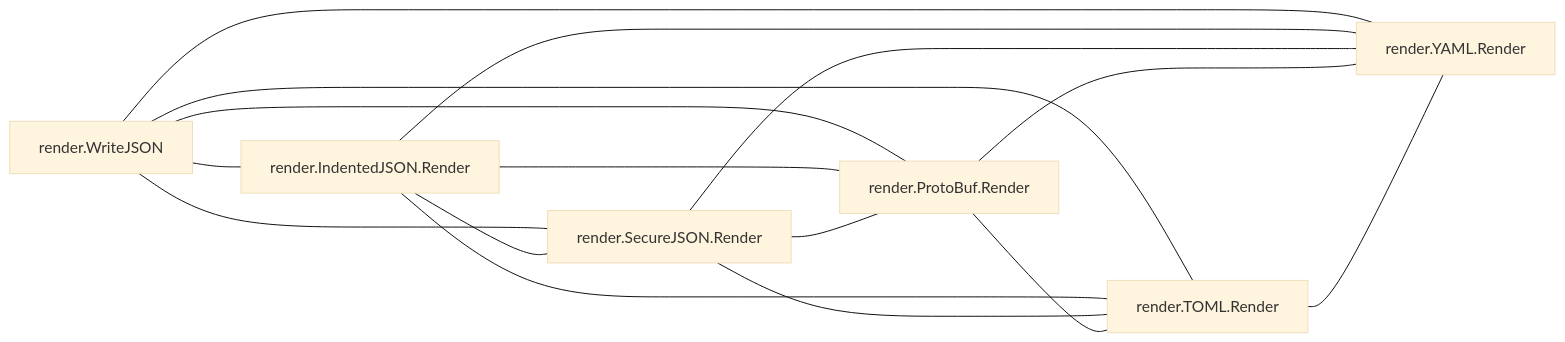
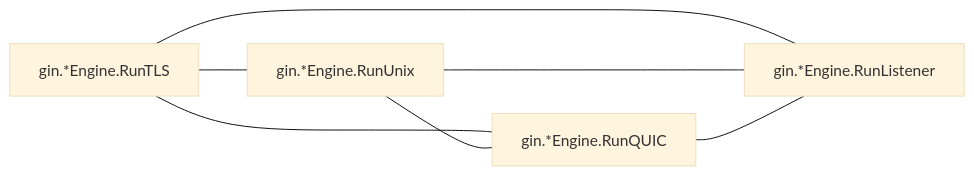
One commit to LukasSelin/doppel changed the third of 5 diagrams in examples/gin.md. Above: the diagram before and after it, drawn with Mermaid (base theme). The commit also changed other lines of this file and 36 other files, not shown here.

````diff
--- a/examples/gin.md
+++ b/examples/gin.md
@@ -647,24 +605,13 @@
 ```mermaid
 flowchart LR
-    m0["render.WriteJSON"]
-    m1["render.IndentedJSON.Render"]
-    m2["render.SecureJSON.Render"]
-    m3["render.ProtoBuf.Render"]
-    m4["render.TOML.Render"]
-    m5["render.YAML.Render"]
+    m0["gin.*Engine.RunTLS"]
+    m1["gin.*Engine.RunUnix"]
+    m2["gin.*Engine.RunQUIC"]
+    m3["gin.*Engine.RunListener"]
     m0 --- m1
     m0 --- m2
     m0 --- m3
-    m0 --- m4
-    m0 --- m5
     m1 --- m2
     m1 --- m3
-    m1 --- m4
-    m1 --- m5
     m2 --- m3
-    m2 --- m4
-    m2 --- m5
-    m3 --- m4
-    m3 --- m5
-    m4 --- m5
 ```
````
